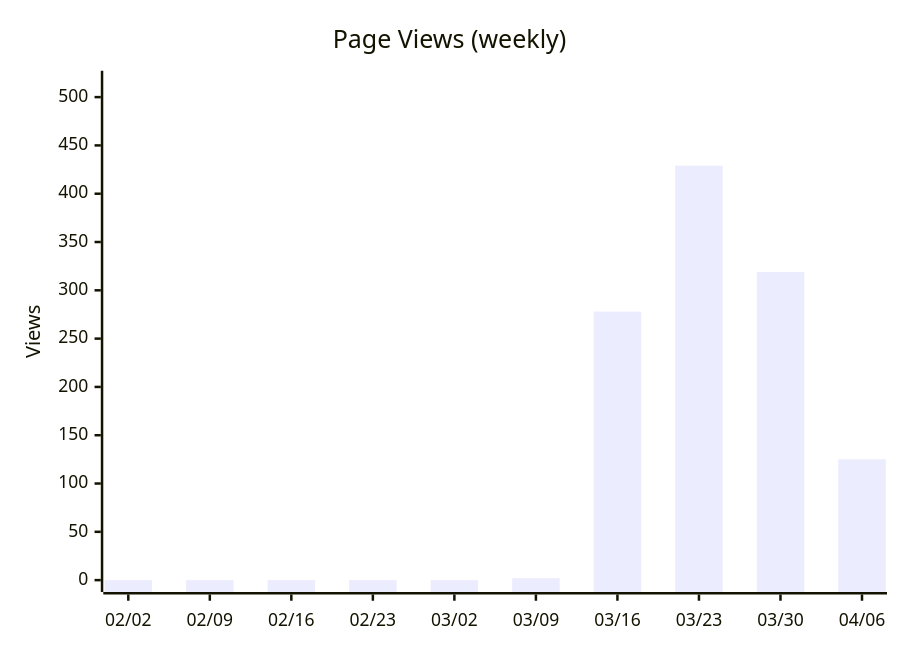
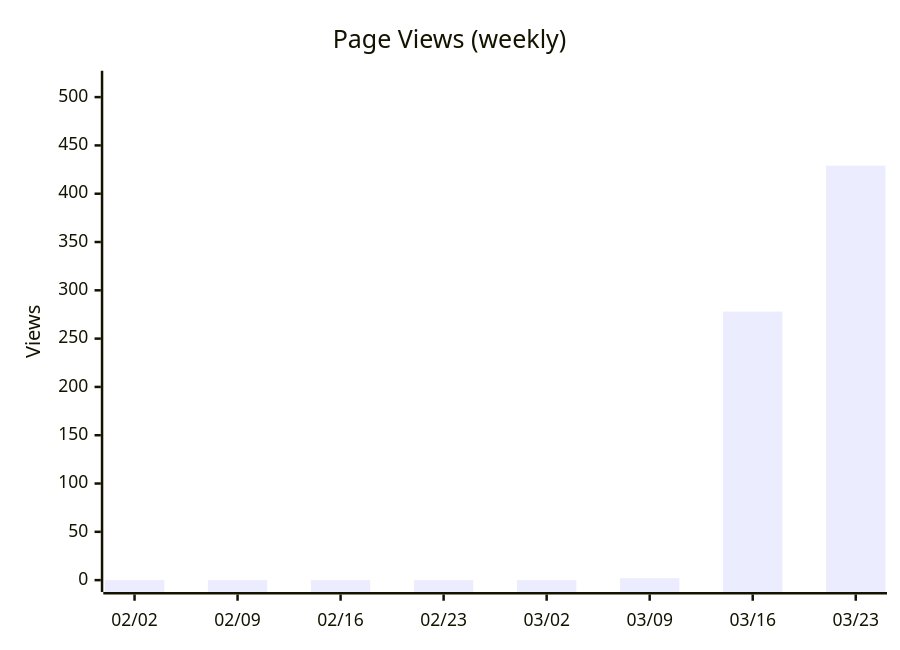
Before and after one commit to nablarch/nabledge-dev: diagram 12 of 14 in docs/metrics.md, drawn with Mermaid. The commit also changed other lines of this file and 1 other file, not shown here.

````diff
--- a/docs/metrics.md
+++ b/docs/metrics.md
@@ -157,7 +155,7 @@
 ```mermaid
 xychart-beta
   title "Page Views (weekly)"
-  x-axis ["02/02", "02/09", "02/16", "02/23", "03/02", "03/09", "03/16", "03/23", "03/30", "04/06"]
+  x-axis ["02/02", "02/09", "02/16", "02/23", "03/02", "03/09", "03/16", "03/23"]
   y-axis "Views" 0 --> 515
-  bar [0, 0, 0, 0, 0, 2, 278, 429, 319, 125]
+  bar [0, 0, 0, 0, 0, 2, 278, 429]
 ```
````
